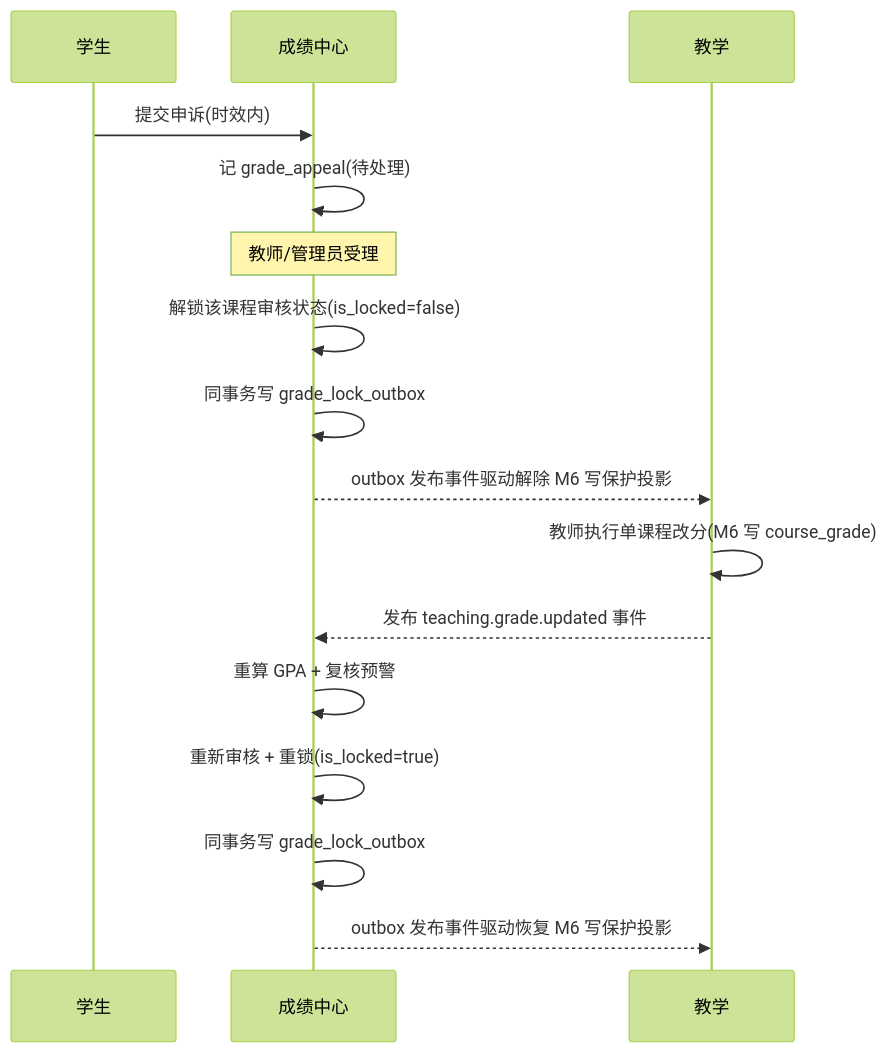
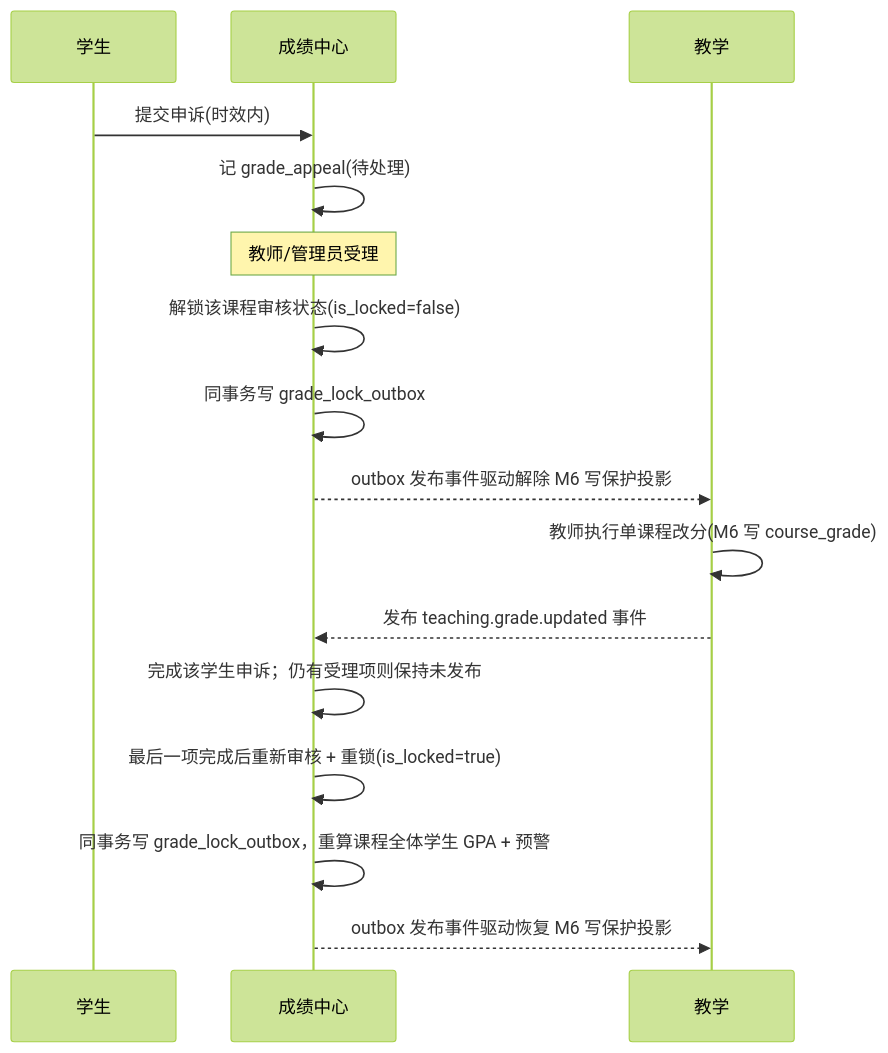
The third of 6 diagrams in docs/11-成绩中心/05-业务流程与状态机.md (menghuishisan/CHAIMIR), drawn with Mermaid (forest theme) before and after one commit. The commit also changed other lines of this file and 995 other files, not shown here.

````diff
--- a/docs/11-成绩中心/05-业务流程与状态机.md
+++ b/docs/11-成绩中心/05-业务流程与状态机.md
@@ -43,18 +45,18 @@
 ```mermaid
 sequenceDiagram
     participant S as 学生
     participant M11 as 成绩中心
     participant M6 as 教学
     S->>M11: 提交申诉(时效内)
     M11->>M11: 记 grade_appeal(待处理)
     Note over M11: 教师/管理员受理
     M11->>M11: 解锁该课程审核状态(is_locked=false)
     M11->>M11: 同事务写 grade_lock_outbox
     M11-->>M6: outbox 发布事件驱动解除 M6 写保护投影
     M6->>M6: 教师执行单课程改分(M6 写 course_grade)
     M6-->>M11: 发布 teaching.grade.updated 事件
-    M11->>M11: 重算 GPA + 复核预警
-    M11->>M11: 重新审核 + 重锁(is_locked=true)
-    M11->>M11: 同事务写 grade_lock_outbox
+    M11->>M11: 完成该学生申诉；仍有受理项则保持未发布
+    M11->>M11: 最后一项完成后重新审核 + 重锁(is_locked=true)
+    M11->>M11: 同事务写 grade_lock_outbox，重算课程全体学生 GPA + 预警
     M11-->>M6: outbox 发布事件驱动恢复 M6 写保护投影
 ```
````
